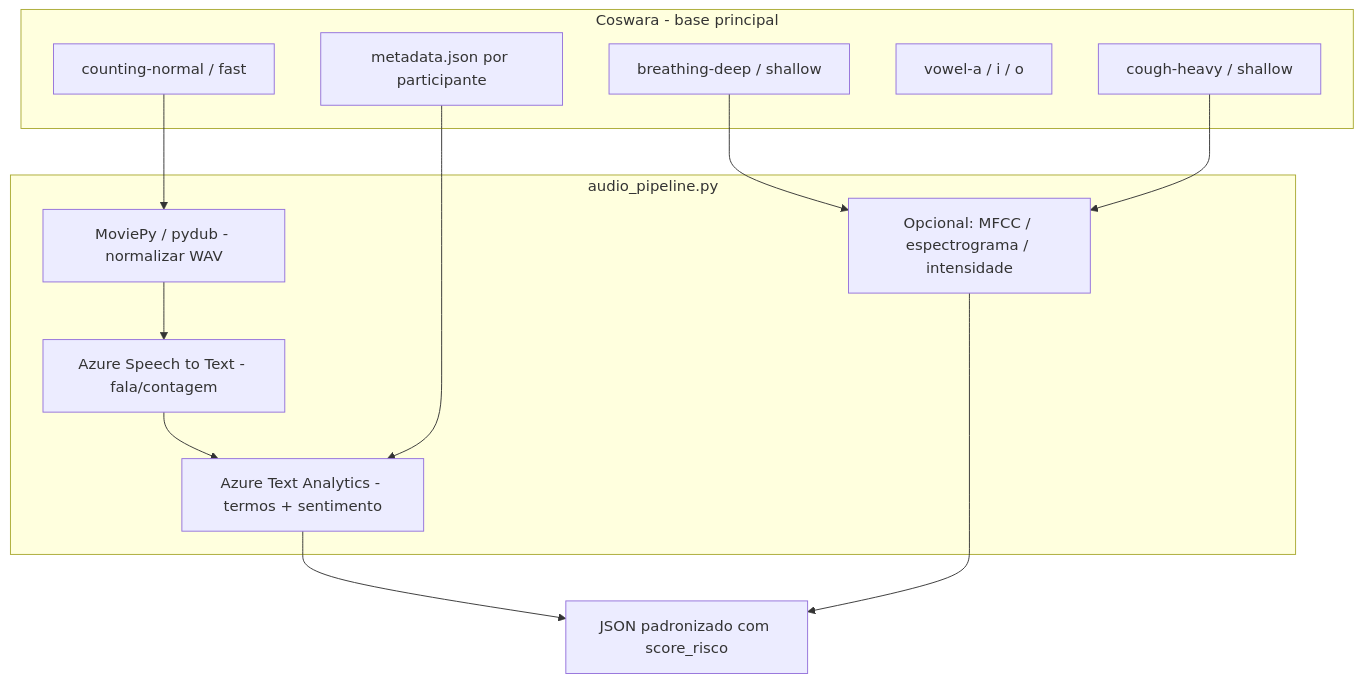
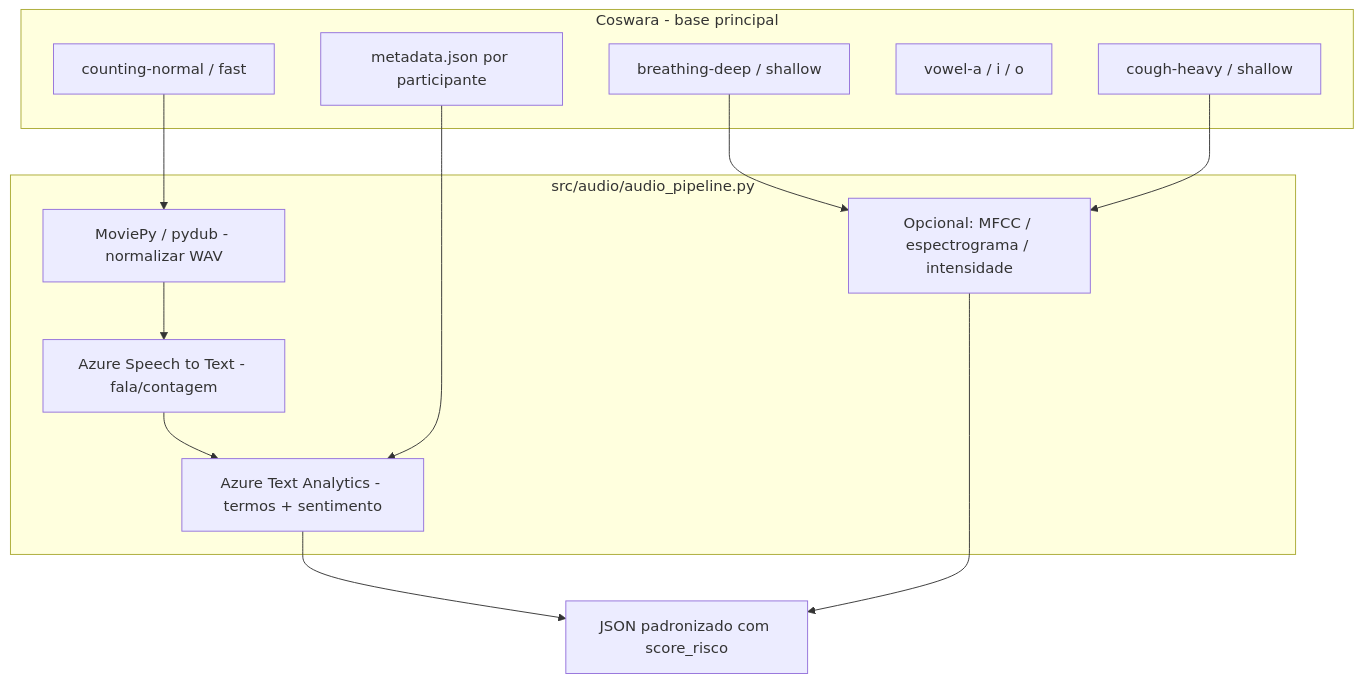
One commit to elbergaliza/Tech-Challenge-FIAP-FASE4 changed the diagram in docs/ESCOLHA DO DATASET DE AUDIO.md. Above: the diagram before and after it, drawn with Mermaid. The commit also changed other lines of this file and 9 other files, not shown here.

````diff
--- a/docs/ESCOLHA DO DATASET DE AUDIO.md
+++ b/docs/ESCOLHA DO DATASET DE AUDIO.md
@@ -134,25 +134,25 @@
 ```mermaid
 flowchart TD
     subgraph coswara [Coswara - base principal]
         A1[breathing-deep / shallow]
         A2[cough-heavy / shallow]
         A3[counting-normal / fast]
         A4[vowel-a / i / o]
         M[metadata.json por participante]
     end
 
-    subgraph pipeline [audio_pipeline.py]
+    subgraph pipeline ["src/audio/audio_pipeline.py"]
         B1[MoviePy / pydub - normalizar WAV]
         B2[Azure Speech to Text - fala/contagem]
         B3[Azure Text Analytics - termos + sentimento]
         B4[Opcional: MFCC / espectrograma / intensidade]
     end
 
     A3 --> B1
     A1 --> B4
     A2 --> B4
     B1 --> B2 --> B3
     M --> B3
     B3 --> OUT[JSON padronizado com score_risco]
     B4 --> OUT
 ```
````
